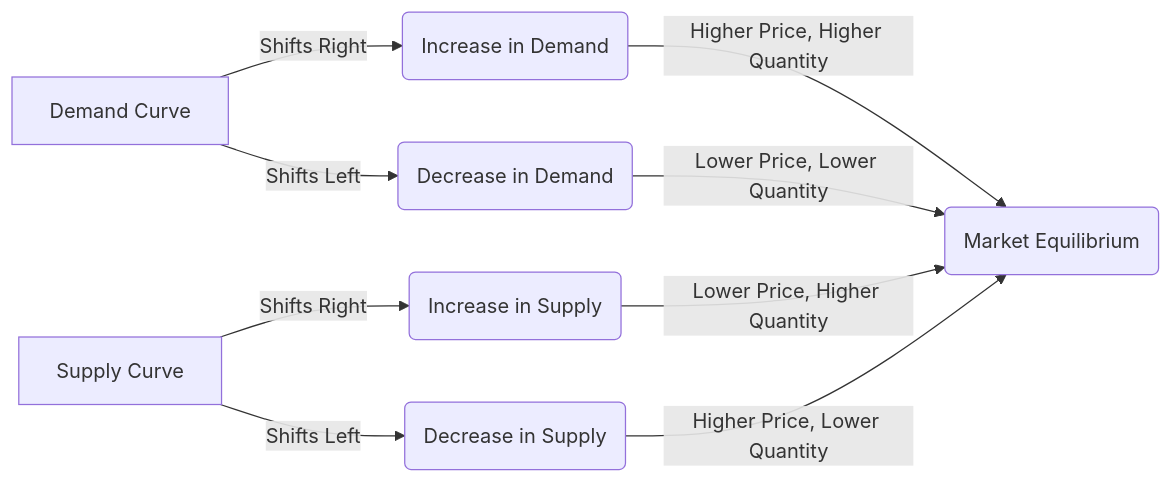
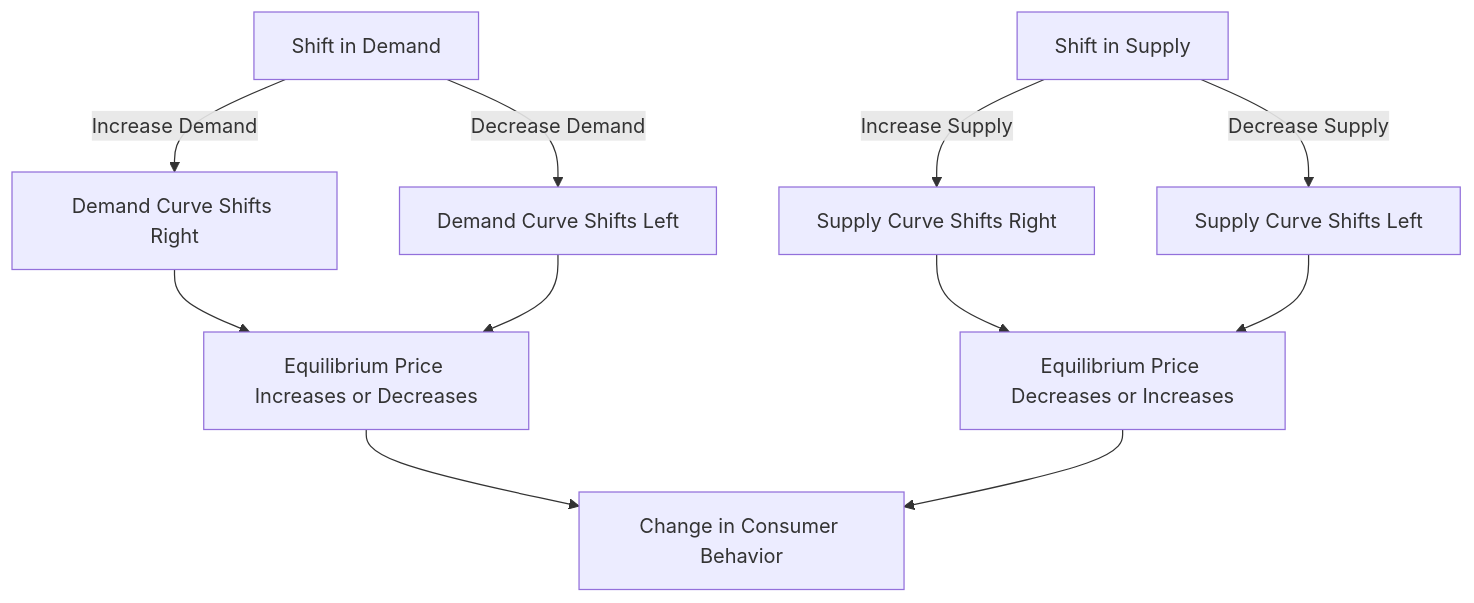
Before and after one commit to DagimAlemayehuu/Ater: the diagram in Obsidian_Vault/2-Academic/Winter 2026/Economics/2_Theory_Of_Demand_And_Supply/Effects_Of_Shift_In_Demand_And_Supply.md, drawn with Mermaid. The commit also changed other lines of this file and 41 other files, not shown here.

Commit message:
Hardening OKA Pedagogical Architecture: Fix relational links, metadata formatting, and Jump-to-PDF functionality

````diff
--- a/Obsidian_Vault/2-Academic/Winter 2026/Economics/2_Theory_Of_Demand_And_Supply/Effects_Of_Shift_In_Demand_And_Supply.md
+++ b/Obsidian_Vault/2-Academic/Winter 2026/Economics/2_Theory_Of_Demand_And_Supply/Effects_Of_Shift_In_Demand_And_Supply.md
@@ -36,13 +50,15 @@
 ```mermaid
 
-graph LR
-    A[Demand Curve] -->| Shifts Right | B(Increase in Demand)
-    A -->| Shifts Left | C(Decrease in Demand)
-    D[Supply Curve] -->| Shifts Right | E(Increase in Supply)
-    D -->| Shifts Left | F(Decrease in Supply)
-    B -->| Higher Price, Higher Quantity | G(Market Equilibrium)
-    C -->| Lower Price, Lower Quantity | G
-    E -->| Lower Price, Higher Quantity | G
-    F -->| Higher Price, Lower Quantity | G
+graph TD
+    A[Shift in Demand] -->|Increase Demand| B[Demand Curve Shifts Right]
+    A -->|Decrease Demand| C[Demand Curve Shifts Left]
+    D[Shift in Supply] -->|Increase Supply| E[Supply Curve Shifts Right]
+    D -->|Decrease Supply| F[Supply Curve Shifts Left]
+    B --> G[Equilibrium Price Increases or Decreases]
+    C --> G
+    E --> H[Equilibrium Price Decreases or Increases]
+    F --> H
+    G --> I[Change in Consumer Behavior]
+    H --> I
 
 ```
````
